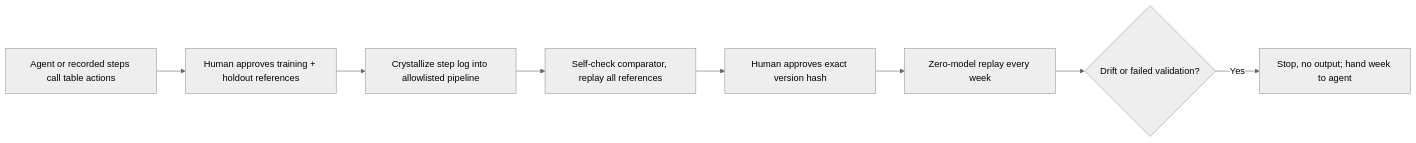
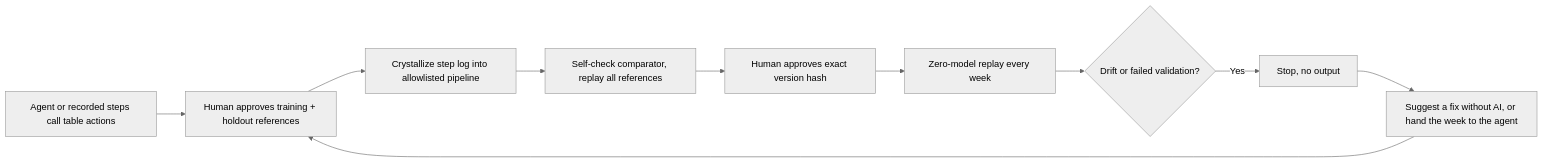
The diagram in README.md (mohitt31/rote), drawn with Mermaid (neutral theme) before and after one commit. The commit also changed other lines of this file, not shown here.

````diff
--- a/README.md
+++ b/README.md
@@ -50,10 +34,12 @@
 ```mermaid
 flowchart LR
   A[Agent or recorded steps call table actions] --> B[Human approves training + holdout references]
   B --> C[Crystallize step log into allowlisted pipeline]
   C --> D[Self-check comparator, replay all references]
   D --> E[Human approves exact version hash]
   E --> F[Zero-model replay every week]
   F --> G{Drift or failed validation?}
-  G -->|Yes| H[Stop, no output; hand week to agent]
+  G -->|Yes| H[Stop, no output]
+  H --> I[Suggest a fix without AI, or hand the week to the agent]
+  I --> B
 ```
````
